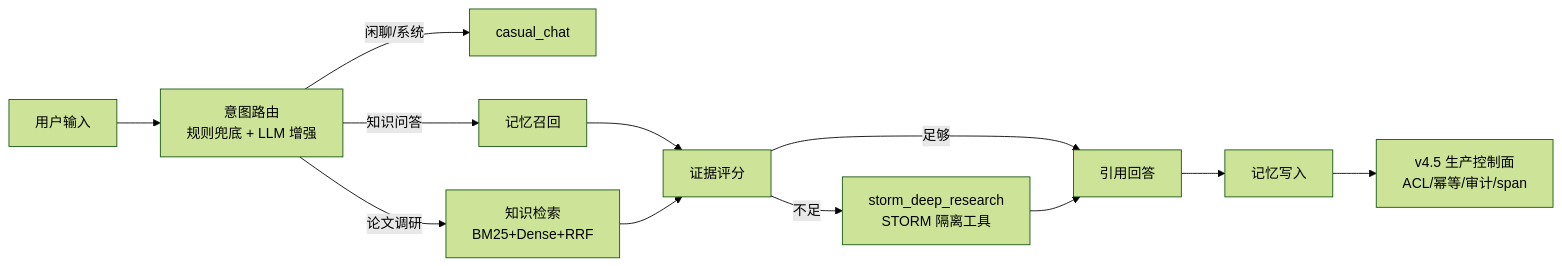
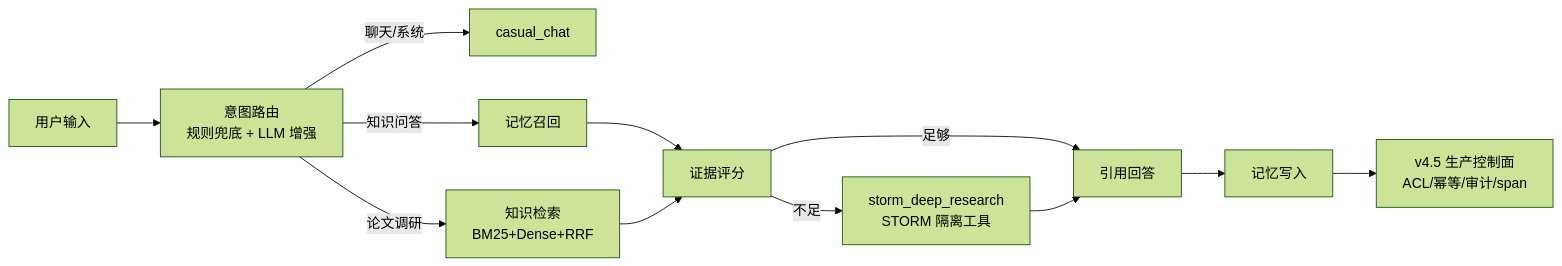
Before and after one commit to yzy-151/paperstorm-agent: the diagram in README.md, drawn with Mermaid (forest theme). The commit also changed other lines of this file and 19 other files, not shown here.

````diff
--- a/README.md
+++ b/README.md
@@ -28,14 +28,14 @@
 ```mermaid
 flowchart LR
   A[用户输入] --> B[意图路由<br/>规则兜底 + LLM 增强]
-  B -->|闲聊/系统| C[casual_chat]
+  B -->|聊天/系统| C[casual_chat]
   B -->|知识问答| D[记忆召回]
   B -->|论文调研| E[知识检索<br/>BM25+Dense+RRF]
   D --> F[证据评分]
   E --> F
   F -->|足够| G[引用回答]
   F -->|不足| H[storm_deep_research<br/>STORM 隔离工具]
   H --> G
   G --> I[记忆写入]
   I --> J[v4.5 生产控制面<br/>ACL/幂等/审计/span]
 ```
````
